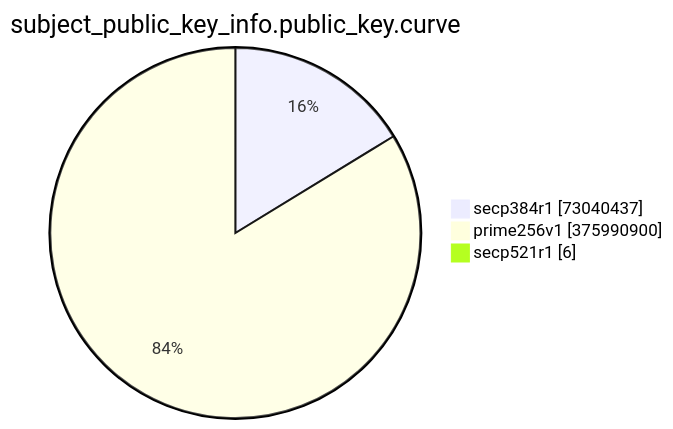
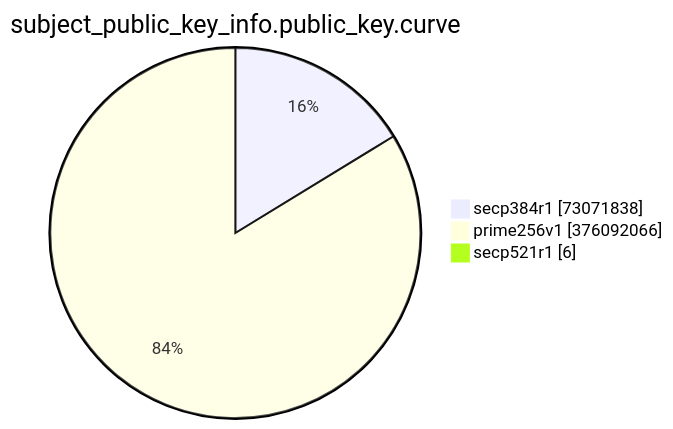
One commit to christiankrug/ctmonitor_visualization changed the eighth of 15 diagrams in TOTAL/README.md. Above: the diagram before and after it, drawn with Mermaid. The commit also changed other lines of this file, not shown here.

````diff
--- a/TOTAL/README.md
+++ b/TOTAL/README.md
@@ -3094,7 +3094,7 @@
 ```mermaid
 pie showData
 title subject_public_key_info.public_key.curve
-"secp384r1" :73040437
-"prime256v1" :375990900
+"secp384r1" :73071838
+"prime256v1" :376092066
 "secp521r1" :6
 ```
````
